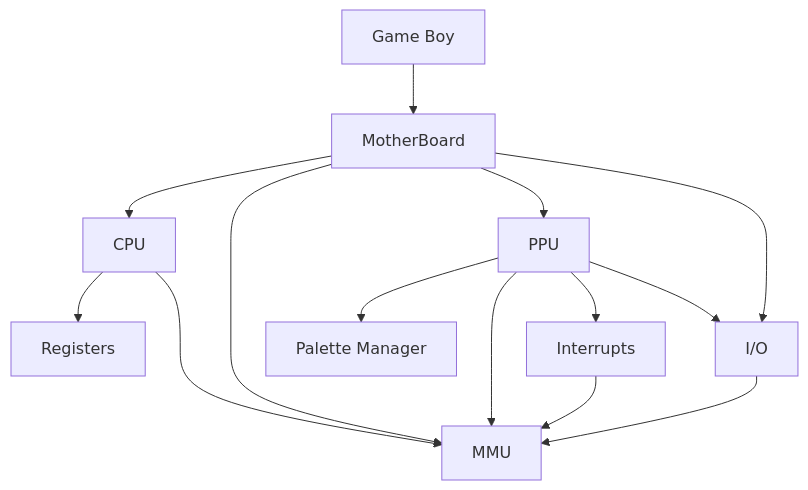
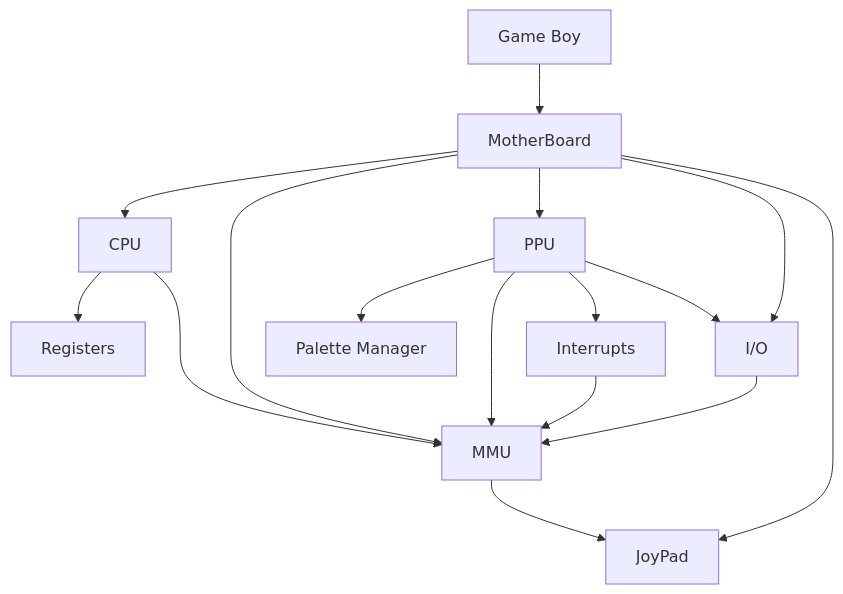
One commit to MarcAlx/gb changed the diagram in src/packages/GBKit/README.md. Above: the diagram before and after it, drawn with Mermaid.

Commit message:
[doc] update README.md

````diff
--- a/src/packages/GBKit/README.md
+++ b/src/packages/GBKit/README.md
@@ -9,31 +9,35 @@
 ```mermaid
 graph TB;
   GB[Game Boy]
   MB[MotherBoard]
   CPU[CPU]
   MMU[MMU]
   IO[I/O]
+  JOY[JoyPad]
   R[Registers]
   INT[Interrupts]
   PM[Palette Manager]
 
   GB --> MB;
 
   MB --> CPU;
   MB --> MMU;
   MB --> PPU;
   MB --> IO;
+  MB --> JOY;
 
   INT --> MMU;
 
   CPU --> R;
   CPU ---> MMU;
 
   PPU --> PM;
   PPU --> MMU;
   PPU --> INT;
   PPU --> IO;
 
   IO --> MMU;
   
+  MMU --> JOY
+  
 ```
````
